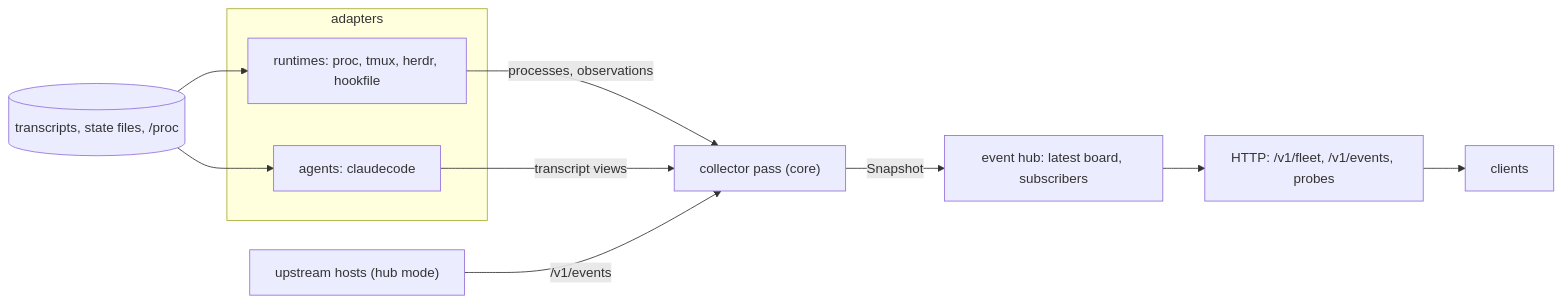
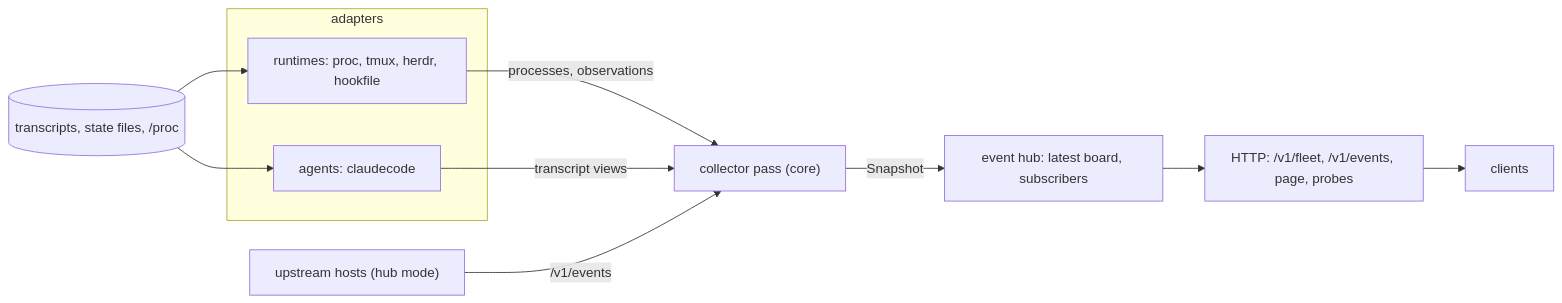
The diagram in docs/architecture.md (wayju/FleetWatch), drawn with Mermaid before and after one commit. The commit also changed other lines of this file and 65 other files, not shown here.

````diff
--- a/docs/architecture.md
+++ b/docs/architecture.md
@@ -7,15 +7,15 @@
 ```mermaid
 flowchart LR
     subgraph adapters
         RT["runtimes: proc, tmux, herdr, hookfile"]
         AG["agents: claudecode"]
     end
     RT -->|"processes, observations"| COL["collector pass (core)"]
     AG -->|"transcript views"| COL
     FS[("transcripts, state files, /proc")] --> RT
     FS --> AG
     COL -->|"Snapshot"| HUB["event hub: latest board, subscribers"]
     UP["upstream hosts (hub mode)"] -->|"/v1/events"| COL
-    HUB --> HTTP["HTTP: /v1/fleet, /v1/events, probes"]
+    HUB --> HTTP["HTTP: /v1/fleet, /v1/events, page, probes"]
     HTTP --> C["clients"]
 ```
````
